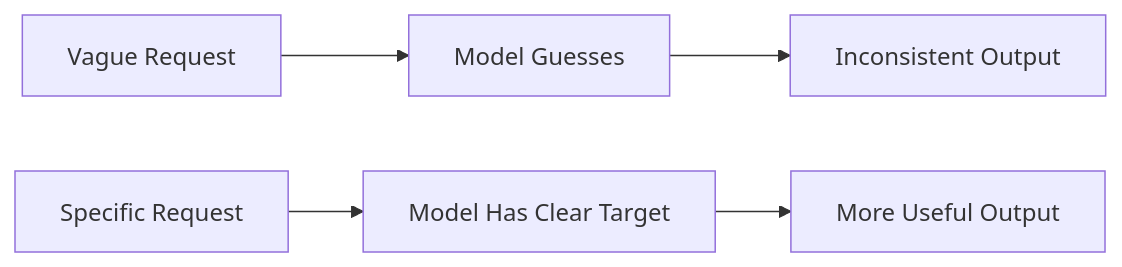
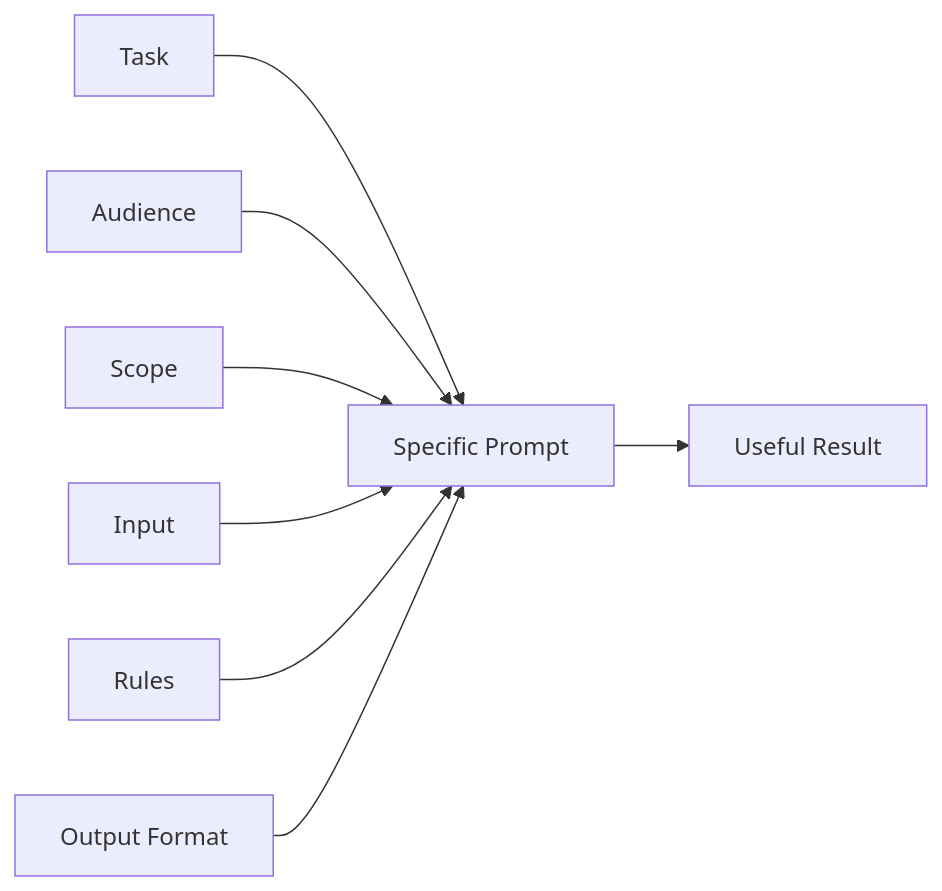
The diagram in docs/stages/03-prompt-engineering/writing-good-prompts/index.md (AceronX/ai-agent-roadmap), drawn with Mermaid before and after one commit. The commit also changed other lines of this file, not shown here.

Commit message:
refactor: update writing-good-prompt guideline

````diff
--- a/docs/stages/03-prompt-engineering/writing-good-prompts/index.md
+++ b/docs/stages/03-prompt-engineering/writing-good-prompts/index.md
@@ -55,7 +58,10 @@
 ```mermaid
 flowchart LR
-    A[Vague Request] --> B[Model Guesses]
-    B --> C[Inconsistent Output]
-    D[Specific Request] --> E[Model Has Clear Target]
-    E --> F[More Useful Output]
+    A[Task] --> G[Specific Prompt]
+    B[Audience] --> G
+    C[Scope] --> G
+    D[Input] --> G
+    E[Rules] --> G
+    F[Output Format] --> G
+    G --> H[Useful Result]
 ```
````
